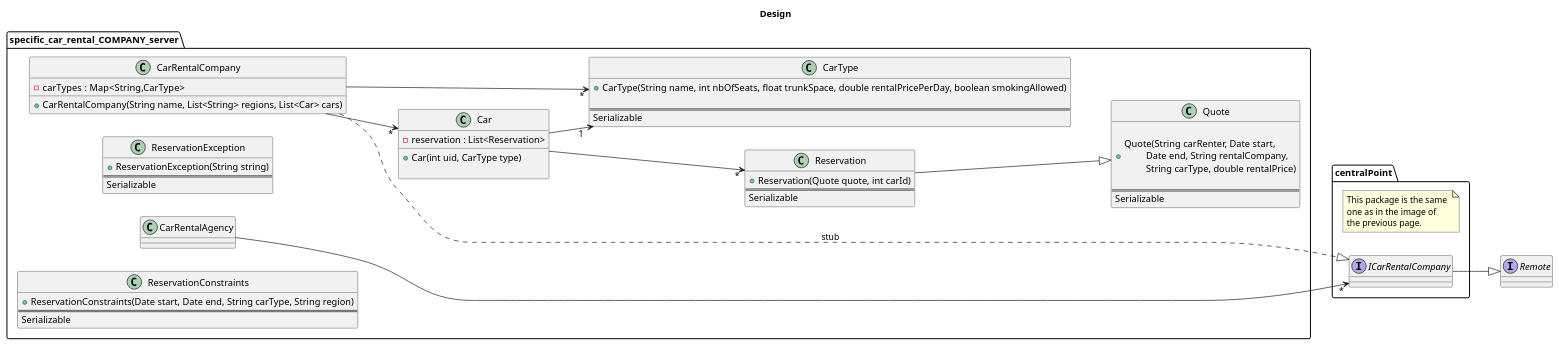
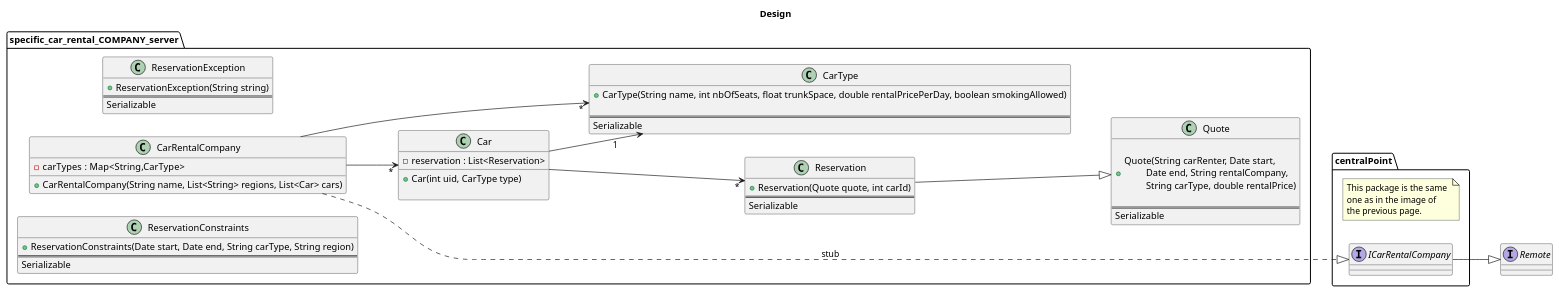
The diagram in diagrams/design_copy.puml (Bhamoss/java_rmi_ds_project), drawn with PlantUML before and after one commit. The commit also changed 8 other files, not shown here.

Commit message:
diagram aanpassingen

```diff
--- a/diagrams/design_copy.puml
+++ b/diagrams/design_copy.puml
@@ -1,180 +1,180 @@
 @startuml
 title Design
 
 left to right direction
 'top to bottom direction
 
 ' package clientside{
 '     class Client {
 
 '         + Client(String scriptFile, int localOrRemote, \n\t\t ICarRentalAgency icra, Registry registry) \n\t\t{Constructor, asks session}
         
 
 '     }
 '     Client -->"1" ICarRentalAgency
 '     Client ..> ReservationSession : uses
 '     Client ..> ManagerSession : uses
 
 
 '     interface ManagerSession {
 '         + registerCRC(String name) 
 '         + unregisterCRC(String name)
         
 '         + closeSession()
 '     }
 '     interface ReservationSession {
         
 '         + closeSession()
 '     }
 '     interface ICarRentalAgency {
 '         + reserveReservationSession(String name) : String
 '         + reserveManagerSession(String name) : String
         
 '     }
 ' }
 
 
 package centralPoint{
 note as N1
      This package is the same 
      one as in the image of 
      the previous page.  
 end note
     ' class Registry {
 
     ' }
     ' Client -->"1" Registry
     ' CarRentalAgency -->"1" Registry
 
     interface ICarRentalCompany {
         
     }
 
     ' class Session {
     '     - cra : CarRentalAgency {final}
     '     __
     '     + Session(CarRentalAgency cra, String name)
     '     # pushToRegistry() {abstract}
         
     '     + closeSession()
     ' }
     ' Session -->"1" CarRentalAgency
 
     ' class ReservationSessionBean {
     '     - quotes : List<Quotes>
     '     __
     '     + ReservationSessionBean(CarRentalAgency cra, String name)
 
     '     # pushToRegistry() {Override}
     ' }
     ' ReservationSessionBean --|> Session
     ' ReservationSessionBean ..|> ReservationSession : stub
     ' interface ReservationSession
 
 
 
 
 
     ' class ManagerSessionBean {
     '     + ManagerSessionBean(CarRentalAgency cra, String name)
 
     '     # pushToRegistry() {Override}
 
     '     + registerCRC(String name) 
     '     + unregisterCRC(String name)
         
     ' }
     ' ManagerSessionBean --|> Session
     ' ManagerSessionBean ..|> ManagerSession : stub
 
 
     ' class CarRentalAgency {
     '     - registry : Registry {final}
     '     - companies : Map<String, ICarRentalCompany>
     '     __
     '     + getRegistry() : Registry
     '     + registerCRC(String name) 
     '     + unregisterCRC(String name)
     '     - addCompany(String name, ICarRentalCompany company)
     '     - removeCompany(String name)
 
     ' }
 
     ' CarRentalAgency ..|> ICarRentalAgency : stub
 
     ' interface ICarRentalAgency {
     ' }
 
 }
 
 package specific_car_rental_COMPANY_server {
 
     
-    CarRentalAgency ---->"*" ICarRentalCompany
+    
 
     class Car {
         - reservation : List<Reservation>
         __
         + Car(int uid, CarType type)
         
     }
     Car -->"*" Reservation
     Car -->"1" CarType
 
     class Reservation {
         + Reservation(Quote quote, int carId)
         ==
         Serializable
     }
     Reservation --|> Quote
 
     class Quote {
         
         + Quote(String carRenter, Date start, \n\t Date end, String rentalCompany, \n\t String carType, double rentalPrice)
     
         ==
         Serializable
     }
 
 
     class CarType {
         + CarType(String name, int nbOfSeats, float trunkSpace, double rentalPricePerDay, boolean smokingAllowed)
         
         ==
         Serializable
     }
 
     class ReservationException {
         + ReservationException(String string)
         ==
         Serializable
     }
 
     class CarRentalCompany {
         - carTypes :  Map<String,CarType>
         
         + CarRentalCompany(String name, List<String> regions, List<Car> cars)
     }
     CarRentalCompany .....|> ICarRentalCompany : stub
     CarRentalCompany -->"*" Car
     CarRentalCompany -->"*" CarType
 
 
 
     class ReservationConstraints {
         + ReservationConstraints(Date start, Date end, String carType, String region)
         ==
         Serializable
     }
 }
 
 
 
 interface Remote
 'ICarRentalAgency --|> Remote
 ICarRentalCompany --|> Remote
 'ManagerSession --|> Remote
 'ReservationSession --|> Remote
 
 
 @enduml
```
